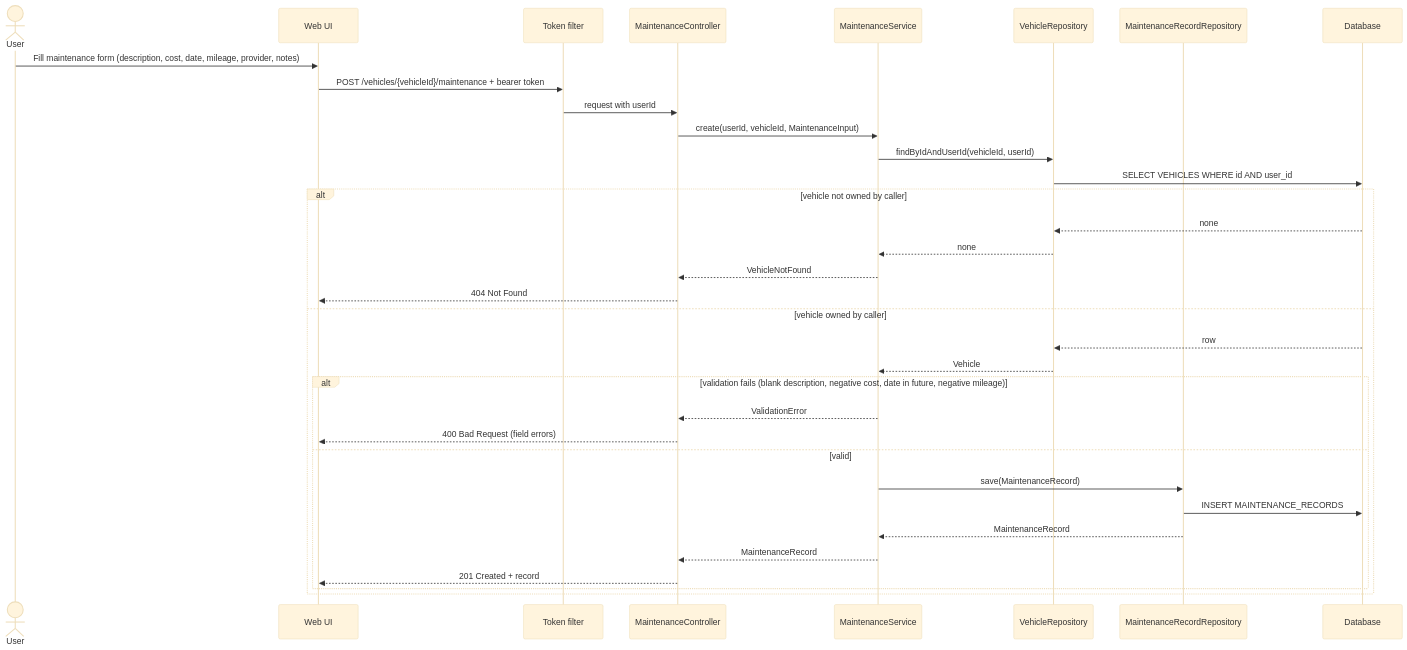
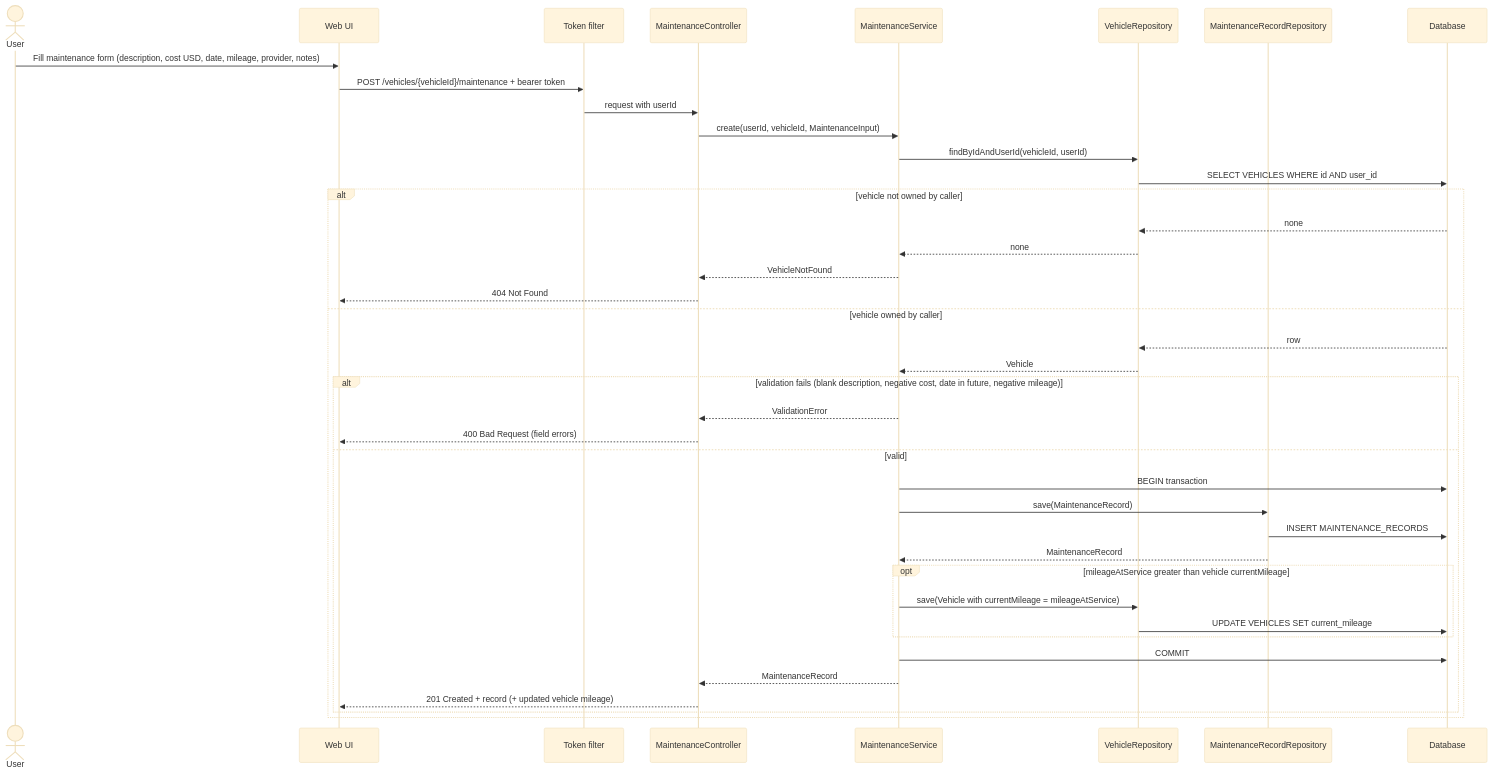
Before and after one commit to dieggob/TechnicalTestModernTech: the seventh of 13 diagrams in Docs/designs/Vehicle Maintenance Tracker.md, drawn with Mermaid (base theme). The commit also changed other lines of this file and 2 other files, not shown here.

````diff
--- a/Docs/designs/Vehicle Maintenance Tracker.md
+++ b/Docs/designs/Vehicle Maintenance Tracker.md
@@ -327,37 +483,43 @@
 ```mermaid
 sequenceDiagram
   actor U as User
   participant UI as Web UI
   participant Auth as Token filter
   participant MC as MaintenanceController
   participant MS as MaintenanceService
   participant VR as VehicleRepository
   participant MR as MaintenanceRecordRepository
   participant DB as Database
 
-  U->>UI: Fill maintenance form (description, cost, date, mileage, provider, notes)
+  U->>UI: Fill maintenance form (description, cost USD, date, mileage, provider, notes)
   UI->>Auth: POST /vehicles/{vehicleId}/maintenance + bearer token
   Auth->>MC: request with userId
   MC->>MS: create(userId, vehicleId, MaintenanceInput)
   MS->>VR: findByIdAndUserId(vehicleId, userId)
   VR->>DB: SELECT VEHICLES WHERE id AND user_id
   alt vehicle not owned by caller
     DB-->>VR: none
     VR-->>MS: none
     MS-->>MC: VehicleNotFound
     MC-->>UI: 404 Not Found
   else vehicle owned by caller
     DB-->>VR: row
     VR-->>MS: Vehicle
     alt validation fails (blank description, negative cost, date in future, negative mileage)
       MS-->>MC: ValidationError
       MC-->>UI: 400 Bad Request (field errors)
     else valid
+      MS->>DB: BEGIN transaction
       MS->>MR: save(MaintenanceRecord)
       MR->>DB: INSERT MAINTENANCE_RECORDS
       MR-->>MS: MaintenanceRecord
+      opt mileageAtService greater than vehicle currentMileage
+        MS->>VR: save(Vehicle with currentMileage = mileageAtService)
+        VR->>DB: UPDATE VEHICLES SET current_mileage
+      end
+      MS->>DB: COMMIT
       MS-->>MC: MaintenanceRecord
-      MC-->>UI: 201 Created + record
+      MC-->>UI: 201 Created + record (+ updated vehicle mileage)
     end
   end
 ```
````
